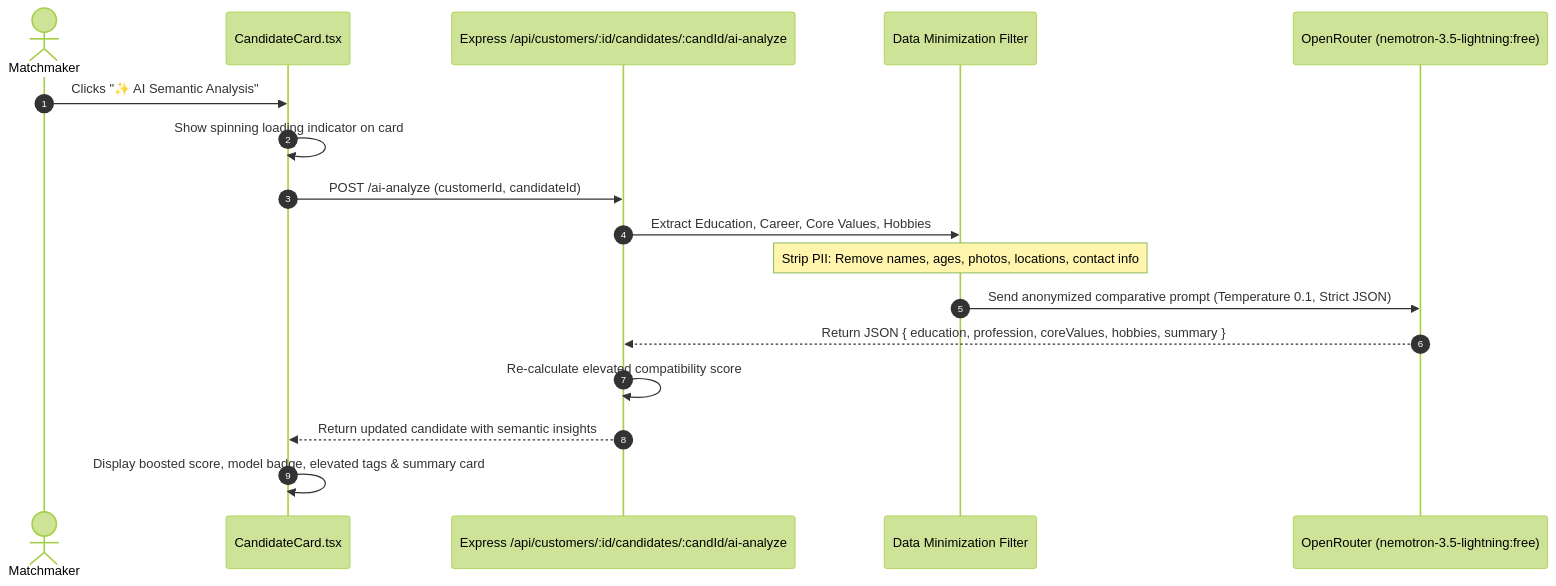
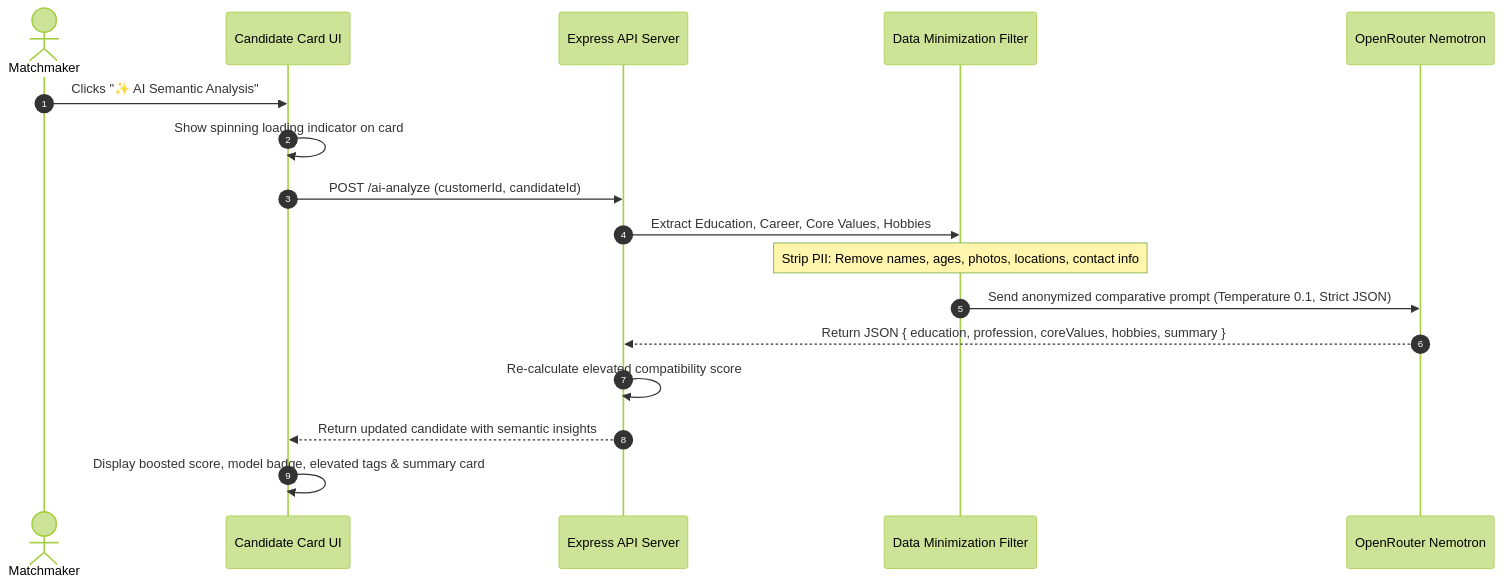
One commit to Riyanshverma/the-date-crew-assignment changed the third of 5 diagrams in README.md. Above: the diagram before and after it, drawn with Mermaid (forest theme). The commit also changed other lines of this file and 1 other file, not shown here.

Commit message:
fix(docs): resolve Mermaid diagram syntax for GitHub preview rendering

````diff
--- a/README.md
+++ b/README.md
@@ -147,20 +147,20 @@
 ```mermaid
 sequenceDiagram
     autonumber
     actor MM as Matchmaker
-    participant UI as CandidateCard.tsx
-    participant API as Express /api/customers/:id/candidates/:candId/ai-analyze
+    participant UI as Candidate Card UI
+    participant API as Express API Server
     participant Mini as Data Minimization Filter
-    participant OR as OpenRouter (nemotron-3.5-lightning:free)
+    participant OR as OpenRouter Nemotron
 
     MM->>UI: Clicks "✨ AI Semantic Analysis"
     UI->>UI: Show spinning loading indicator on card
     UI->>API: POST /ai-analyze (customerId, candidateId)
     API->>Mini: Extract Education, Career, Core Values, Hobbies
     Note over Mini: Strip PII: Remove names, ages, photos, locations, contact info
     Mini->>OR: Send anonymized comparative prompt (Temperature 0.1, Strict JSON)
     OR-->>API: Return JSON { education, profession, coreValues, hobbies, summary }
     API->>API: Re-calculate elevated compatibility score
     API-->>UI: Return updated candidate with semantic insights
     UI->>UI: Display boosted score, model badge, elevated tags & summary card
 ```
````
